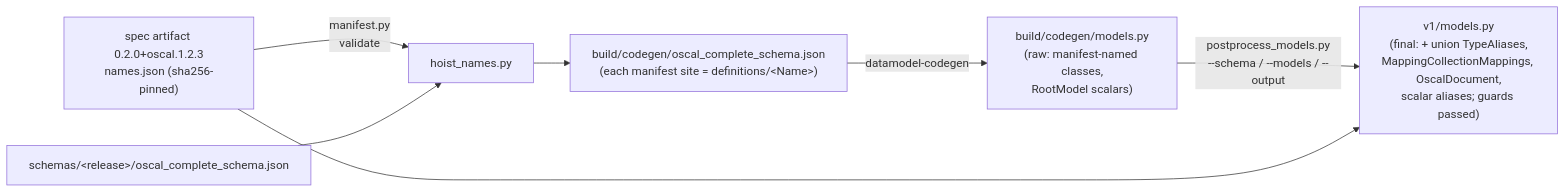
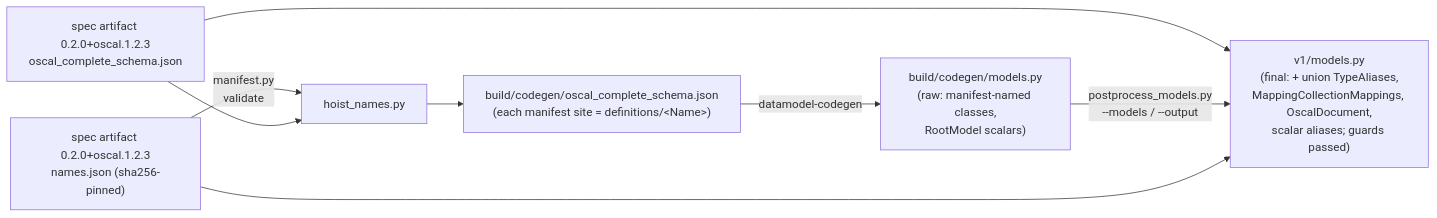
The second of 2 diagrams in .agents/summary/architecture.md (cairn-proofs/oscal-bindings-python), drawn with Mermaid before and after one commit. The commit also changed other lines of this file and 52 other files, not shown here.

First line of the commit message:
Generate from the pinned spec artifact; drop vendored schemas (#23)

````diff
--- a/.agents/summary/architecture.md
+++ b/.agents/summary/architecture.md
@@ -82,9 +82,10 @@
 ```mermaid
 flowchart LR
     N["spec artifact 0.2.0+oscal.1.2.3<br/>names.json (sha256-pinned)"] -->|"manifest.py<br/>validate"| H
-    A["schemas/&lt;release&gt;/oscal_complete_schema.json"] --> H["hoist_names.py"]
+    A["spec artifact 0.2.0+oscal.1.2.3<br/>oscal_complete_schema.json"] --> H["hoist_names.py"]
+    A --> C
     H --> HS["build/codegen/oscal_complete_schema.json<br/>(each manifest site = definitions/&lt;Name&gt;)"]
     HS -->|"datamodel-codegen"| B["build/codegen/models.py<br/>(raw: manifest-named classes,<br/>RootModel scalars)"]
-    B -->|"postprocess_models.py<br/>--schema / --models / --output"| C["v1/models.py<br/>(final: + union TypeAliases,<br/>MappingCollectionMappings, OscalDocument,<br/>scalar aliases; guards passed)"]
+    B -->|"postprocess_models.py<br/>--models / --output"| C["v1/models.py<br/>(final: + union TypeAliases,<br/>MappingCollectionMappings, OscalDocument,<br/>scalar aliases; guards passed)"]
     N --> C
 ```
````
